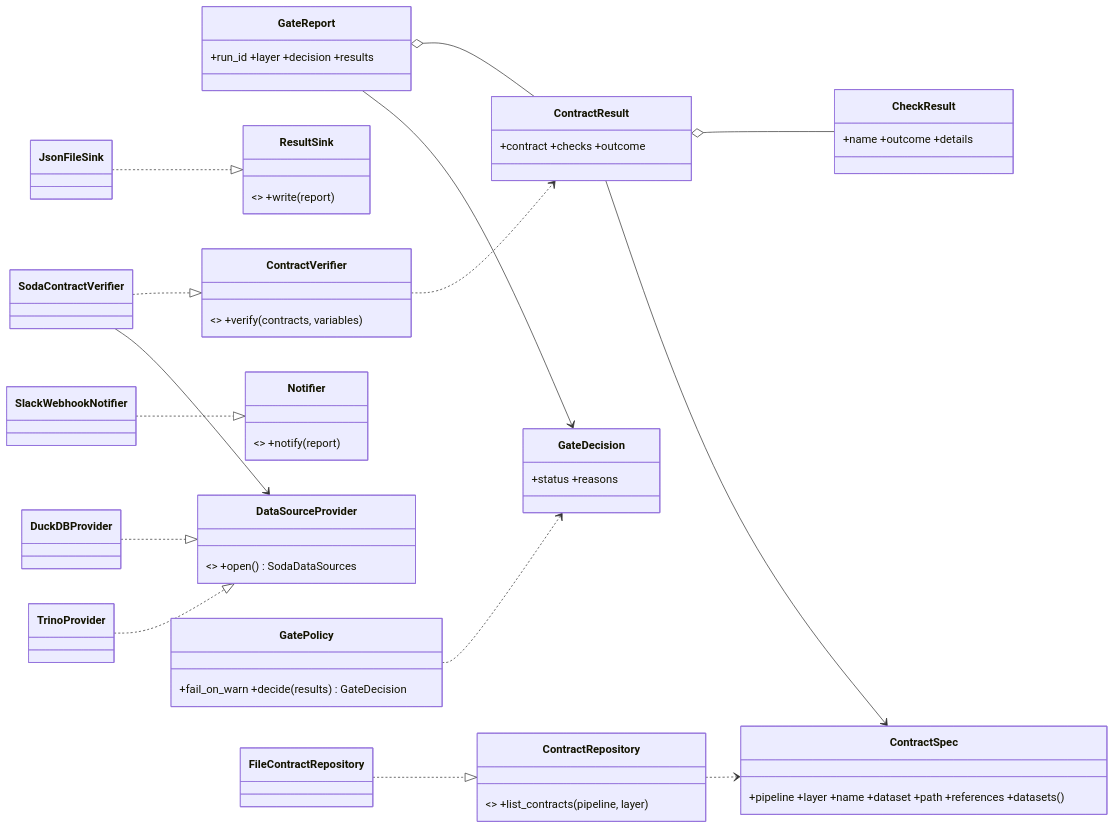
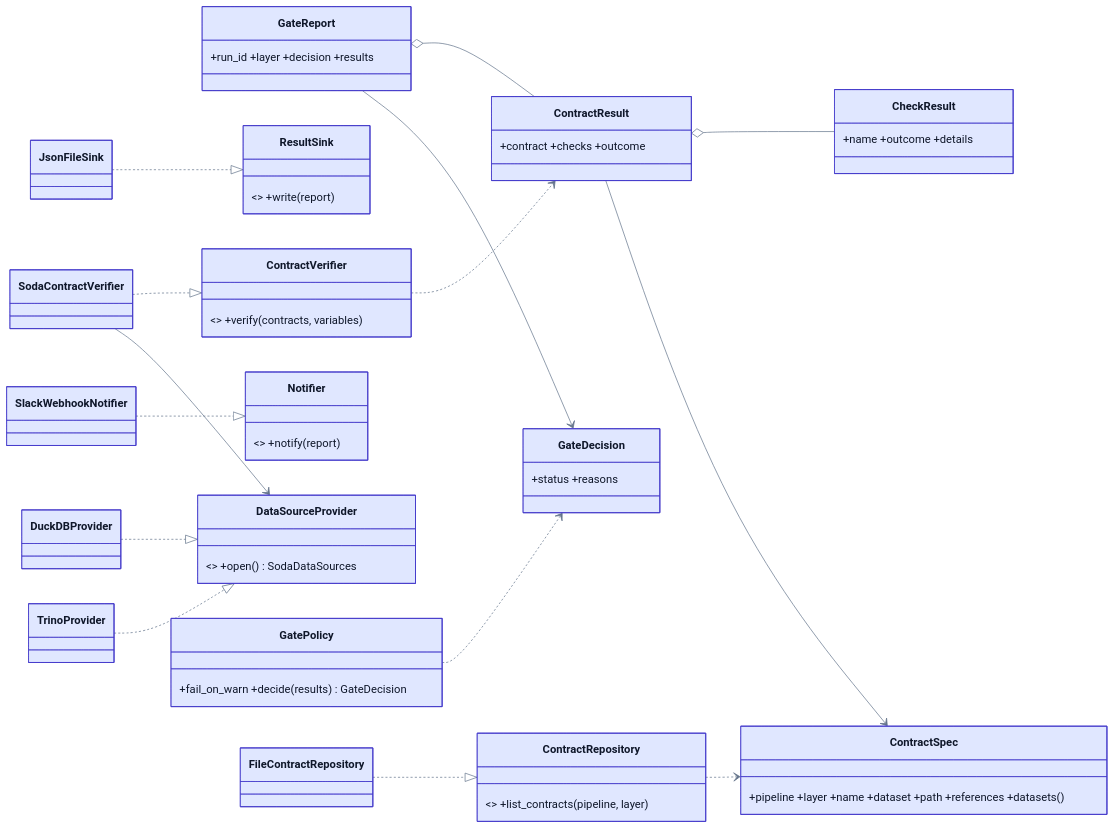
Before and after one commit to santoshshinde2012/lakehouse-quality-gates: the eighth of 9 diagrams in docs/architecture.md, drawn with Mermaid. The commit also changed other lines of this file and 20 other files, not shown here.

Commit message:
docs: overhaul README and architecture diagrams

````diff
--- a/docs/architecture.md
+++ b/docs/architecture.md
@@ -217,29 +306,30 @@
 ```mermaid
+%%{init: {"theme": "base", "themeVariables": {"fontFamily": "Inter, Segoe UI, Helvetica, Arial, sans-serif", "lineColor": "#64748b", "primaryTextColor": "#0f172a", "primaryColor": "#e0e7ff", "primaryBorderColor": "#4338ca", "secondaryColor": "#dcfce7", "tertiaryColor": "#f8fafc", "edgeLabelBackground": "#f8fafc", "actorBkg": "#e0e7ff", "actorBorder": "#4338ca", "noteBkgColor": "#fef3c7", "noteBorderColor": "#b45309", "signalColor": "#334155", "signalTextColor": "#0f172a"}}}%%
 classDiagram
   direction LR
   class ContractSpec { +pipeline +layer +name +dataset +path +references +datasets() }
   class CheckResult { +name +outcome +details }
   class ContractResult { +contract +checks +outcome }
   class GateDecision { +status +reasons }
   class GateReport { +run_id +layer +decision +results }
   class ContractRepository { <<Protocol>> +list_contracts(pipeline, layer) }
   class ContractVerifier { <<Protocol>> +verify(contracts, variables) }
   class ResultSink { <<Protocol>> +write(report) }
   class Notifier { <<Protocol>> +notify(report) }
   class DataSourceProvider { <<Protocol>> +open() SodaDataSources }
   class GatePolicy { +fail_on_warn +decide(results) GateDecision }
   ContractResult o-- CheckResult
   ContractResult --> ContractSpec
   GateReport o-- ContractResult
   GateReport --> GateDecision
   GatePolicy ..> GateDecision
   ContractVerifier ..> ContractResult
   ContractRepository ..> ContractSpec
   SodaContractVerifier ..|> ContractVerifier
   SodaContractVerifier --> DataSourceProvider
   DuckDBProvider ..|> DataSourceProvider
   TrinoProvider ..|> DataSourceProvider
   FileContractRepository ..|> ContractRepository
   JsonFileSink ..|> ResultSink
   SlackWebhookNotifier ..|> Notifier
 ```
````
